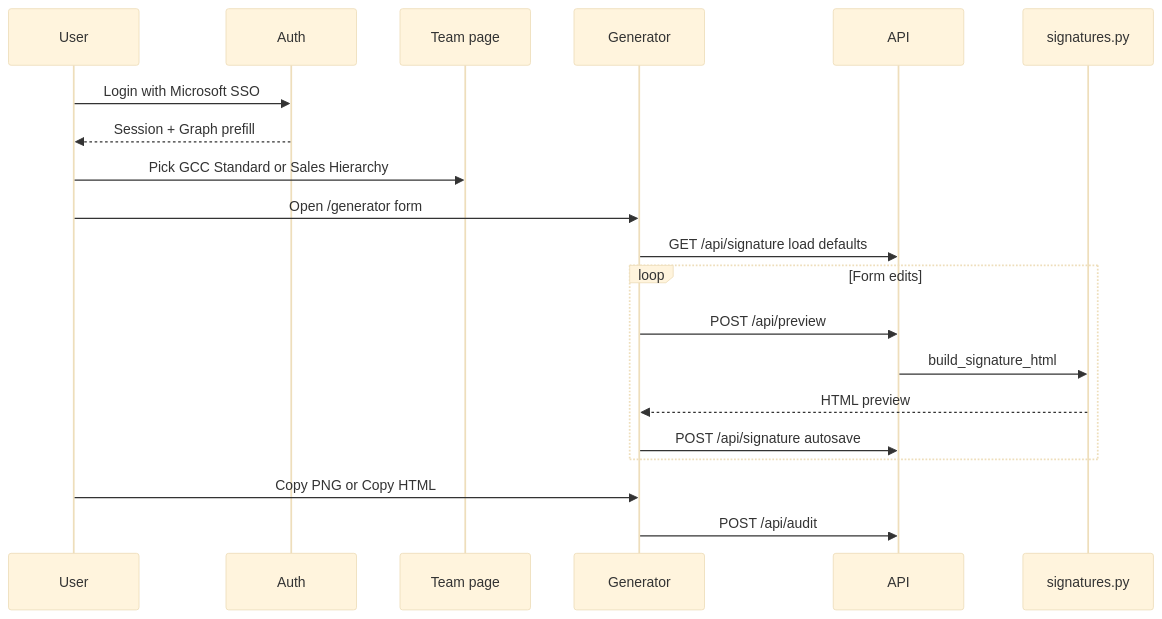
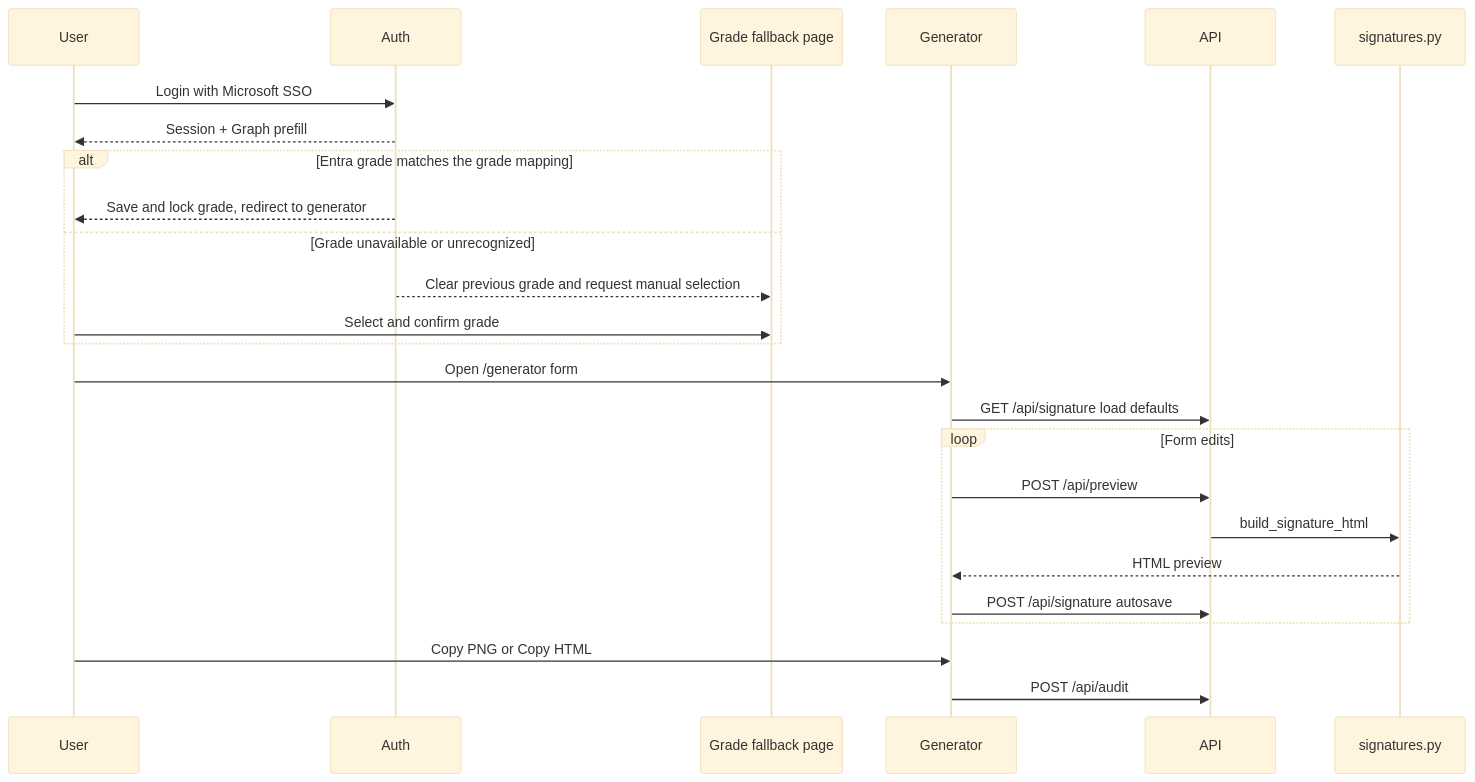
One commit to arvind-automation/OutlookSignature changed the third of 3 diagrams in README.md. Above: the diagram before and after it, drawn with Mermaid (base theme). The commit also changed other lines of this file and 10 other files, not shown here.

````diff
--- a/README.md
+++ b/README.md
@@ -106,23 +106,28 @@
 ```mermaid
 sequenceDiagram
   participant U as User
   participant A as Auth
-  participant T as Team page
+  participant T as Grade fallback page
   participant G as Generator
   participant API as API
   participant S as signatures.py
 
   U->>A: Login with Microsoft SSO
   A-->>U: Session + Graph prefill
-  U->>T: Pick GCC Standard or Sales Hierarchy
+  alt Entra grade matches the grade mapping
+    A-->>U: Save and lock grade, redirect to generator
+  else Grade unavailable or unrecognized
+    A-->>T: Clear previous grade and request manual selection
+    U->>T: Select and confirm grade
+  end
   U->>G: Open /generator form
   G->>API: GET /api/signature load defaults
   loop Form edits
     G->>API: POST /api/preview
     API->>S: build_signature_html
     S-->>G: HTML preview
     G->>API: POST /api/signature autosave
   end
   U->>G: Copy PNG or Copy HTML
   G->>API: POST /api/audit
 ```
````
